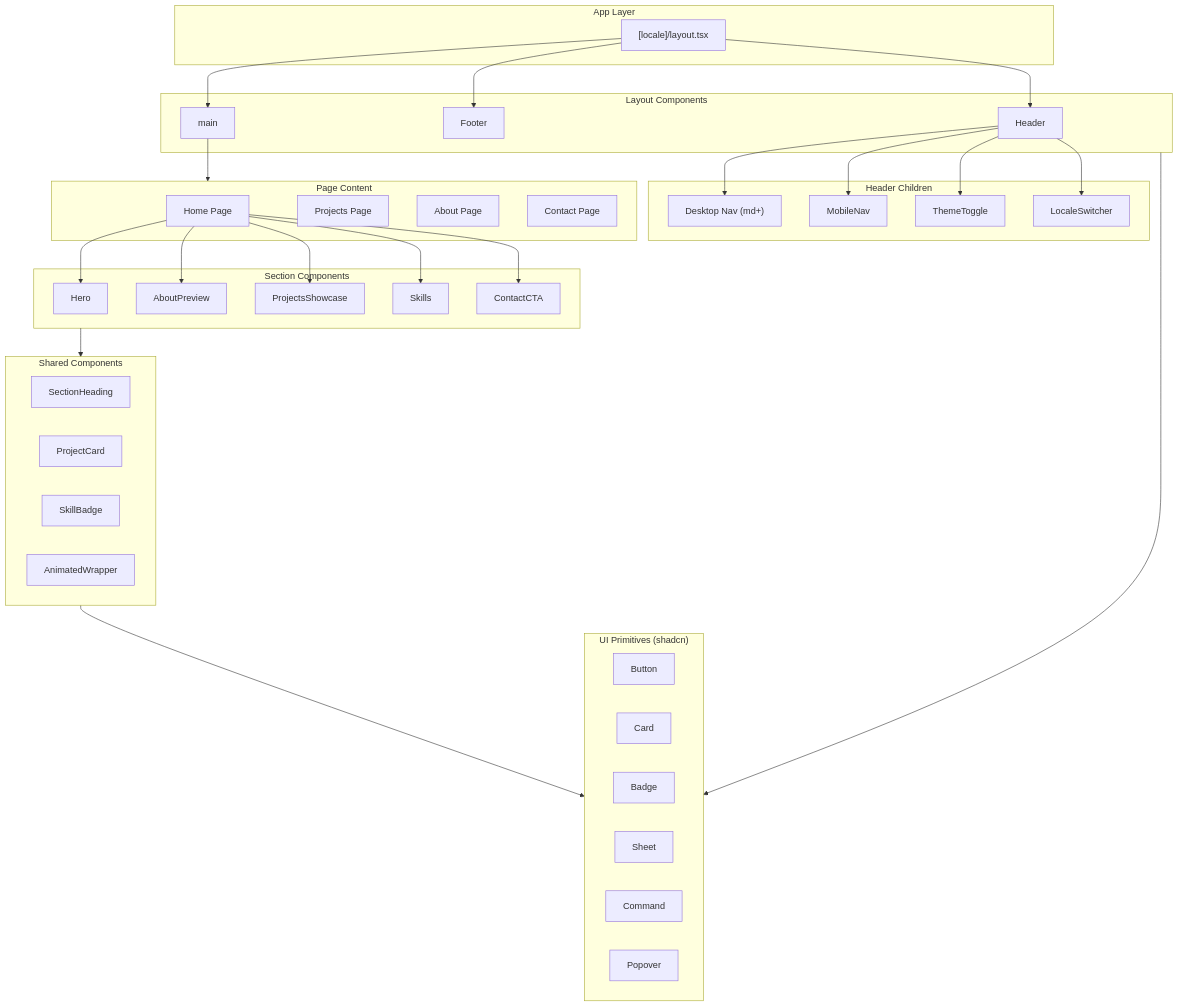
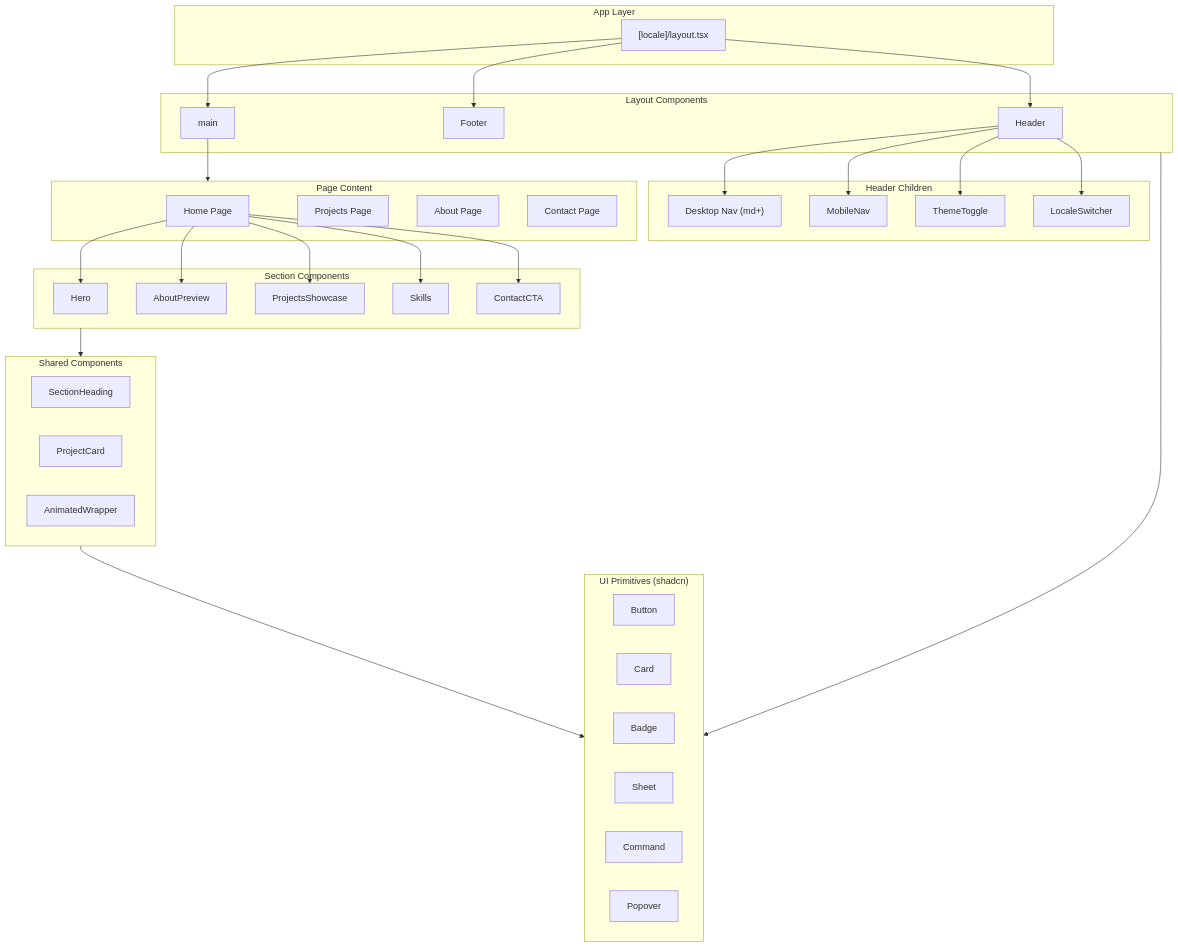
The diagram in docs/components/overview.md (paramdnoid/PORTFOLIO), drawn with Mermaid before and after one commit. The commit also changed other lines of this file and 110 other files, not shown here.

````diff
--- a/docs/components/overview.md
+++ b/docs/components/overview.md
@@ -7,71 +7,70 @@
 ```mermaid
 flowchart TB
     subgraph App["App Layer"]
         LocaleLayout["[locale]/layout.tsx"]
     end
 
     subgraph Layout["Layout Components"]
         Header["Header"]
         Footer["Footer"]
         Main["main"]
     end
 
     subgraph HeaderChildren["Header Children"]
         DesktopNav["Desktop Nav (md+)"]
         MobileNav["MobileNav"]
         ThemeToggle["ThemeToggle"]
         LocaleSwitcher["LocaleSwitcher"]
     end
 
     subgraph Pages["Page Content"]
         HomePage["Home Page"]
         ProjectsPage["Projects Page"]
         AboutPage["About Page"]
         ContactPage["Contact Page"]
     end
 
     subgraph Sections["Section Components"]
         Hero["Hero"]
         AboutPreview["AboutPreview"]
         ProjectsShowcase["ProjectsShowcase"]
         Skills["Skills"]
         ContactCTA["ContactCTA"]
     end
 
     subgraph Shared["Shared Components"]
         SectionHeading["SectionHeading"]
         ProjectCard["ProjectCard"]
-        SkillBadge["SkillBadge"]
         AnimatedWrapper["AnimatedWrapper"]
     end
 
     subgraph UI["UI Primitives (shadcn)"]
         Button["Button"]
         Card["Card"]
         Badge["Badge"]
         Sheet["Sheet"]
         Command["Command"]
         Popover["Popover"]
     end
 
     LocaleLayout --> Header
     LocaleLayout --> Main
     LocaleLayout --> Footer
 
     Header --> DesktopNav
     Header --> MobileNav
     Header --> ThemeToggle
     Header --> LocaleSwitcher
 
     Main --> Pages
 
     HomePage --> Hero
     HomePage --> AboutPreview
     HomePage --> ProjectsShowcase
     HomePage --> Skills
     HomePage --> ContactCTA
 
     Sections --> Shared
     Shared --> UI
     Layout --> UI
 ```
````
